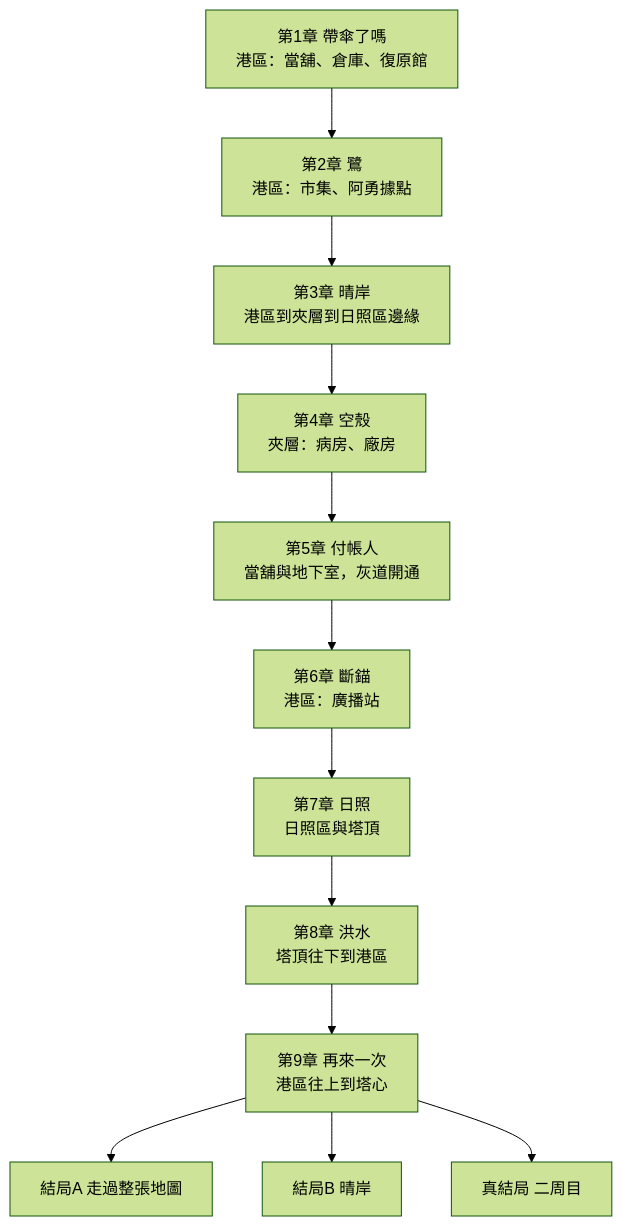
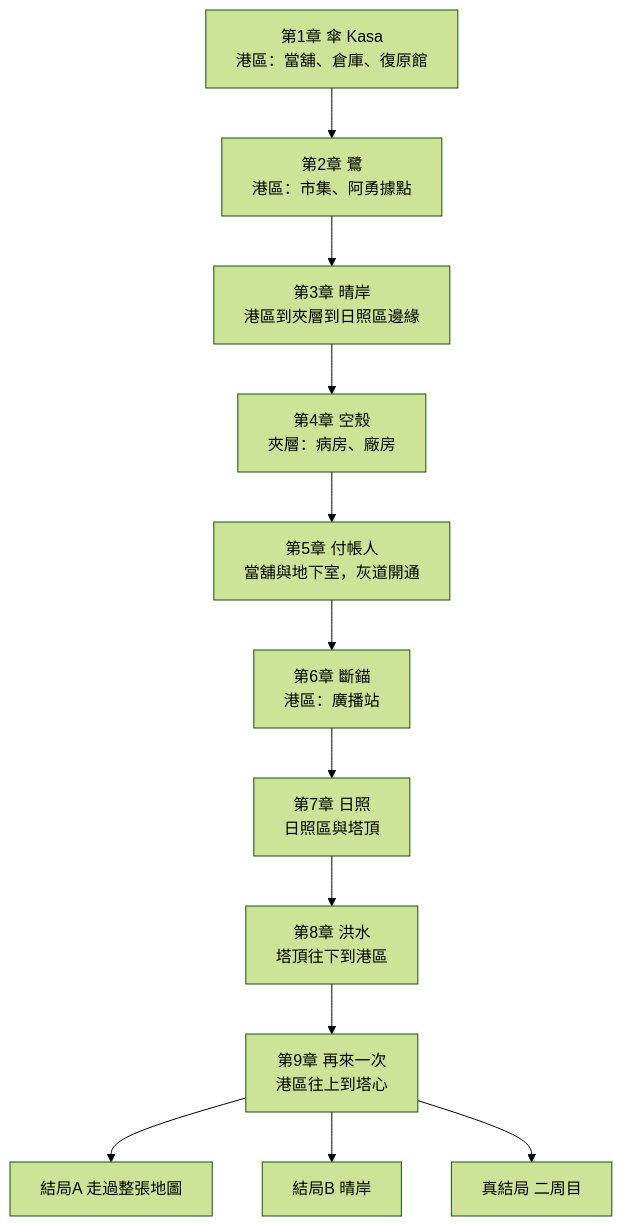
One commit to deadline314/Nest-Egg changed the first of 10 diagrams in design/13-story-v2/EVENTS.md. Above: the diagram before and after it, drawn with Mermaid (forest theme). The commit also changed other lines of this file and 11 other files, not shown here.

````diff
--- a/design/13-story-v2/EVENTS.md
+++ b/design/13-story-v2/EVENTS.md
@@ -21,16 +21,16 @@
 ```mermaid
 flowchart TB
-  C1["第1章 帶傘了嗎<br/>港區：當舖、倉庫、復原館"]
+  C1["第1章 傘 Kasa<br/>港區：當舖、倉庫、復原館"]
   C2["第2章 鷺<br/>港區：市集、阿勇據點"]
   C3["第3章 晴岸<br/>港區到夾層到日照區邊緣"]
   C4["第4章 空殼<br/>夾層：病房、廠房"]
   C5["第5章 付帳人<br/>當舖與地下室，灰道開通"]
   C6["第6章 斷錨<br/>港區：廣播站"]
   C7["第7章 日照<br/>日照區與塔頂"]
   C8["第8章 洪水<br/>塔頂往下到港區"]
   C9["第9章 再來一次<br/>港區往上到塔心"]
   C1 --> C2 --> C3 --> C4 --> C5 --> C6 --> C7 --> C8 --> C9
   C9 --> EA["結局A 走過整張地圖"]
   C9 --> EB["結局B 晴岸"]
   C9 --> ET["真結局 二周目"]
 ```
````
